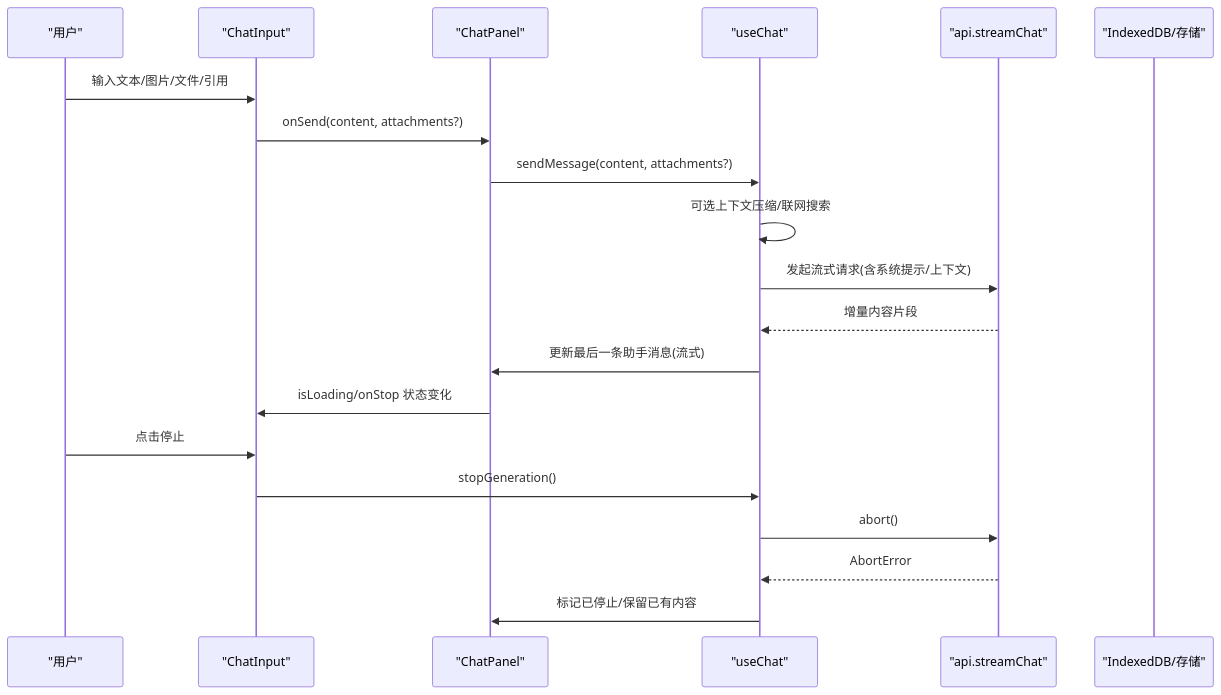
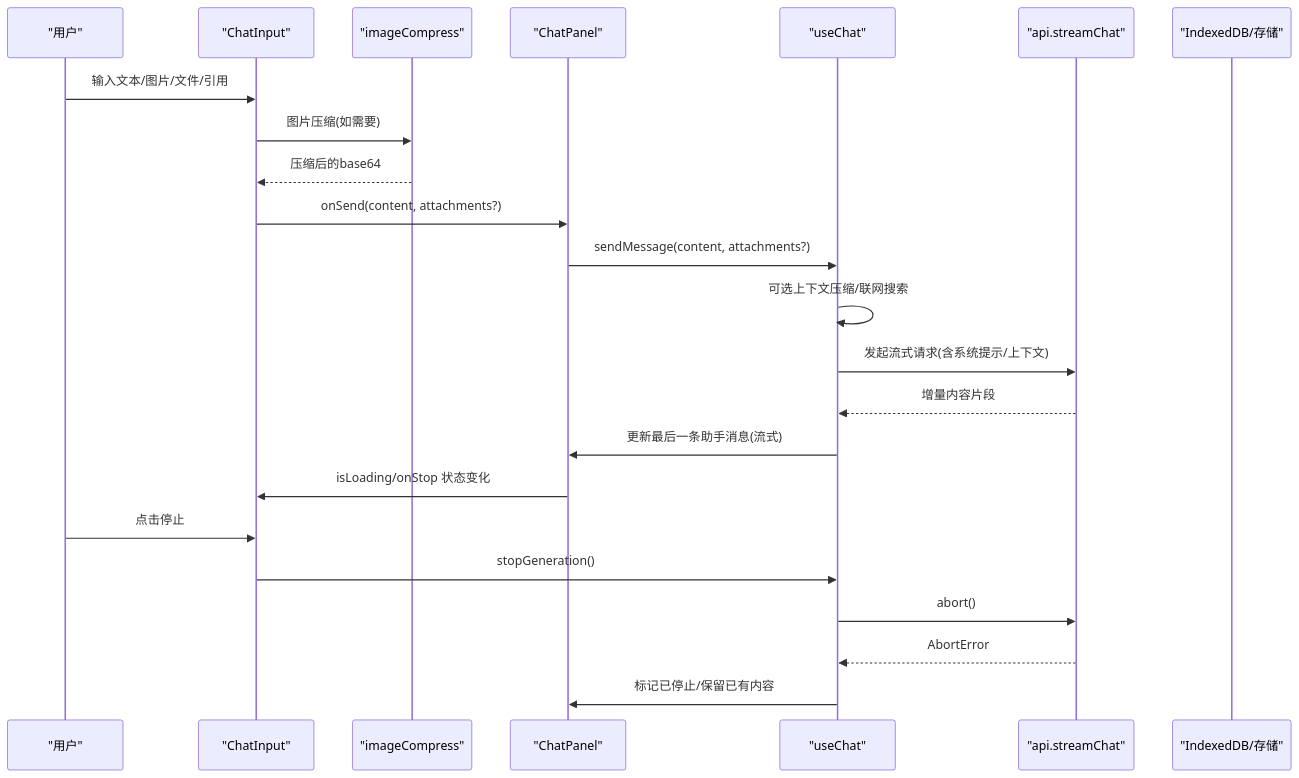
The second of 5 diagrams in .qoder/repowiki/zh/content/聊天模块/聊天输入组件.md (billye220670/AIShop), drawn with Mermaid before and after one commit. The commit also changed other lines of this file and 30 other files, not shown here.

Commit message:
docs: 同步 repowiki 知识库重组（图片压缩工具与消息渲染模块文档）

````diff
--- a/.qoder/repowiki/zh/content/聊天模块/聊天输入组件.md
+++ b/.qoder/repowiki/zh/content/聊天模块/聊天输入组件.md
@@ -89,22 +106,25 @@
 ```mermaid
 sequenceDiagram
 participant U as "用户"
 participant CI as "ChatInput"
+participant IC as "imageCompress"
 participant CP as "ChatPanel"
 participant UC as "useChat"
 participant API as "api.streamChat"
 participant DB as "IndexedDB/存储"
 U->>CI : 输入文本/图片/文件/引用
+CI->>IC : 图片压缩(如需要)
+IC-->>CI : 压缩后的base64
 CI->>CP : onSend(content, attachments?)
 CP->>UC : sendMessage(content, attachments?)
 UC->>UC : 可选上下文压缩/联网搜索
 UC->>API : 发起流式请求(含系统提示/上下文)
 API-->>UC : 增量内容片段
 UC->>CP : 更新最后一条助手消息(流式)
 CP->>CI : isLoading/onStop 状态变化
 U->>CI : 点击停止
 CI->>UC : stopGeneration()
 UC->>API : abort()
 API-->>UC : AbortError
 UC->>CP : 标记已停止/保留已有内容
 ```
````
